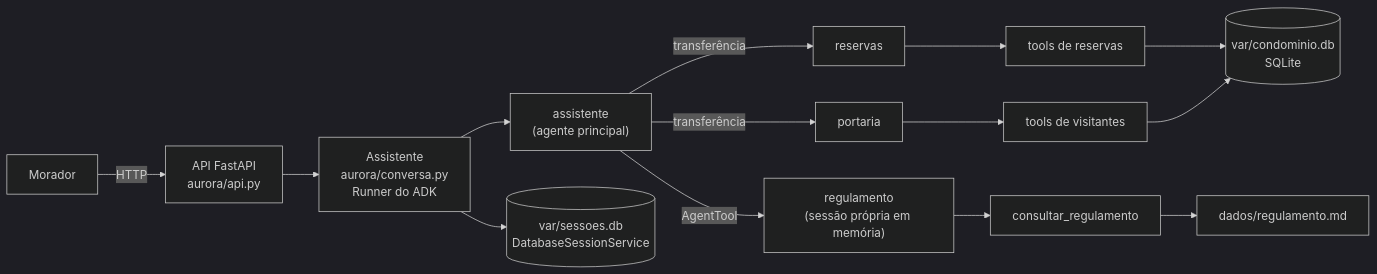
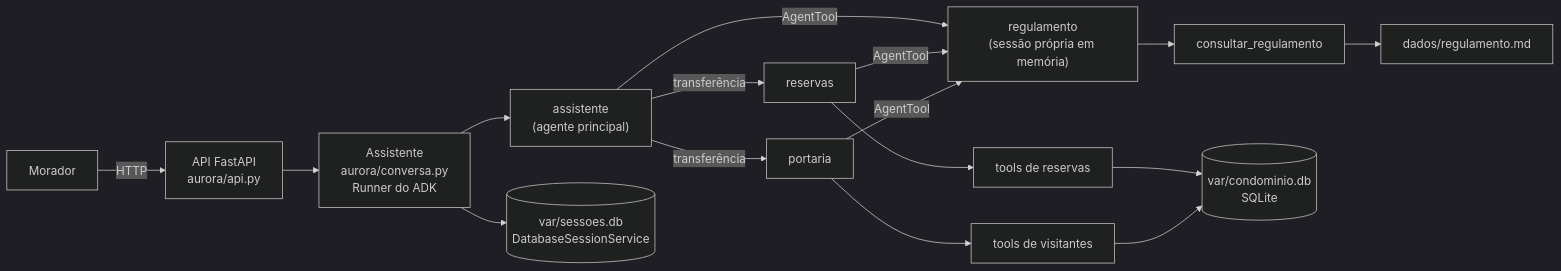
The diagram in README.md (jeancsbnu/mba-ia-desafio-criacao-agente), drawn with Mermaid (dark theme) before and after one commit. The commit also changed other lines of this file and 2 other files, not shown here.

````diff
--- a/README.md
+++ b/README.md
@@ -15,15 +15,17 @@
 ```mermaid
 flowchart LR
     M[Morador] -->|HTTP| API["API FastAPI<br/>aurora/api.py"]
     API --> C["Assistente<br/>aurora/conversa.py<br/>Runner do ADK"]
     C --> A["assistente<br/>(agente principal)"]
     A -->|transferência| R[reservas]
     A -->|transferência| P[portaria]
     A -->|AgentTool| G["regulamento<br/>(sessão própria em memória)"]
+    R -->|AgentTool| G
+    P -->|AgentTool| G
     R --> T1["tools de reservas"]
     P --> T2["tools de visitantes"]
     G --> T3["consultar_regulamento"]
     T1 & T2 --> DB[("var/condominio.db<br/>SQLite")]
     C --> S[("var/sessoes.db<br/>DatabaseSessionService")]
     T3 --> MD["dados/regulamento.md"]
 ```
````
